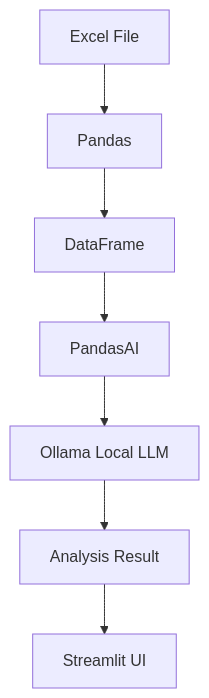
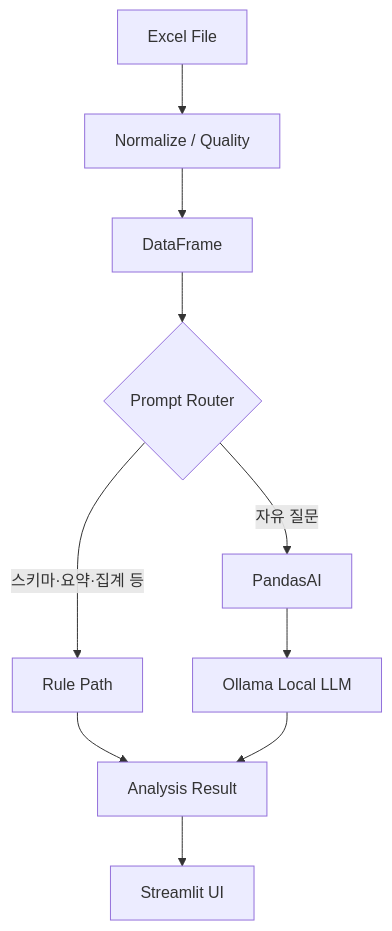
One commit to Jihei-Boun/excel_ai_analyzer changed the diagram in README.md. Above: the diagram before and after it, drawn with Mermaid. The commit also changed other lines of this file and 9 other files, not shown here.

First line of the commit message:
feat: PandasAI 코드 가드레일과 스키마 힌트를 추가하고 README를 동기화한다

````diff
--- a/README.md
+++ b/README.md
@@ -56,9 +57,12 @@
 ```mermaid
 flowchart TD
-    A[Excel File] --> B[Pandas]
+    A[Excel File] --> B[Normalize / Quality]
     B --> C[DataFrame]
-    C --> D[PandasAI]
-    D --> E[Ollama Local LLM]
-    E --> F[Analysis Result]
-    F --> G[Streamlit UI]
+    C --> D{Prompt Router}
+    D -->|스키마·요약·집계 등| E[Rule Path]
+    D -->|자유 질문| F[PandasAI]
+    F --> G[Ollama Local LLM]
+    E --> H[Analysis Result]
+    G --> H
+    H --> I[Streamlit UI]
 ```
````
